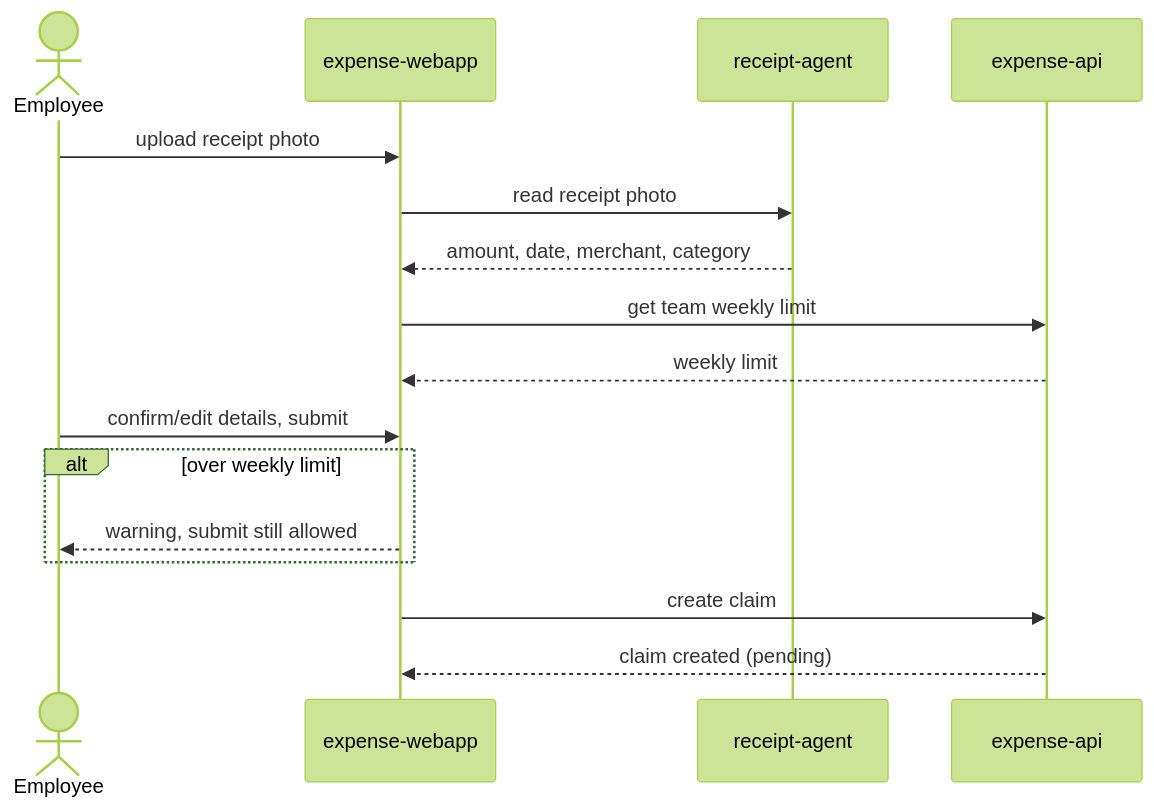
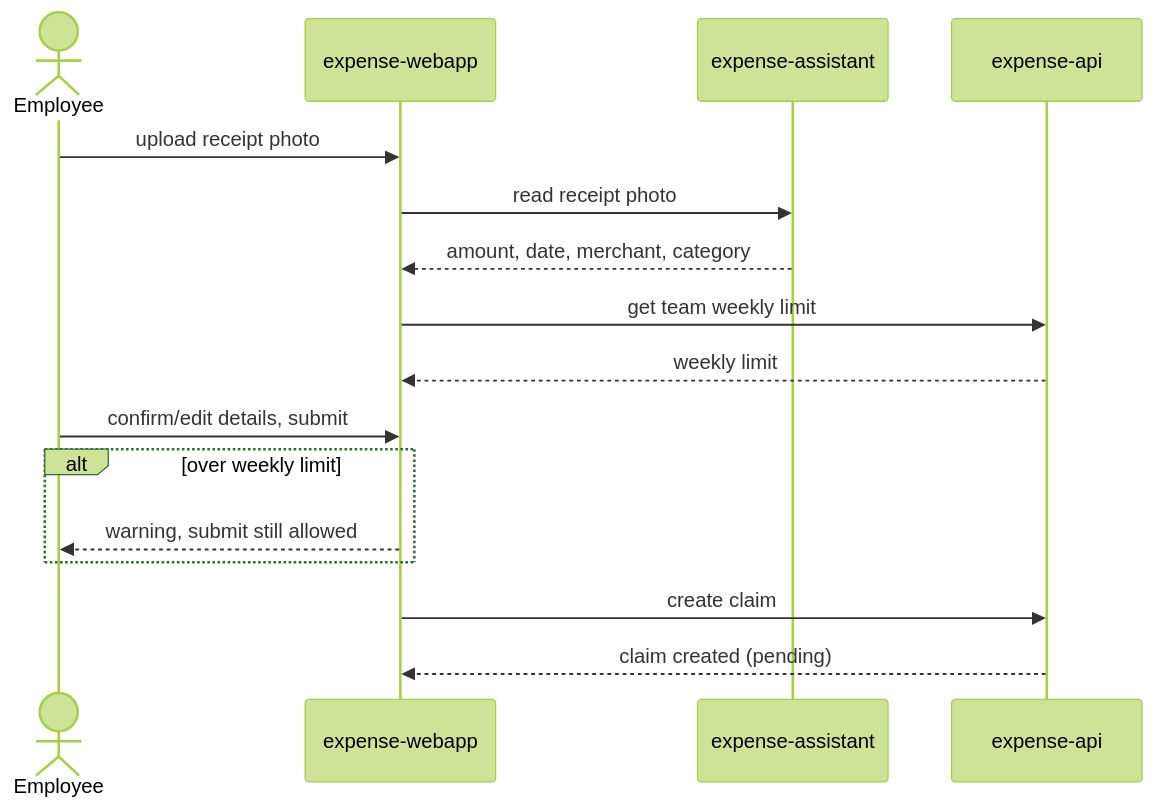
The diagram in specs/design/flows/submit-expense-claim.md (TestAgenticEngOrg/expense-claim-whuer), drawn with Mermaid (forest theme) before and after one commit. The commit also changed 9 other files, not shown here.

````diff
--- a/specs/design/flows/submit-expense-claim.md
+++ b/specs/design/flows/submit-expense-claim.md
@@ -6,19 +6,19 @@
 ```mermaid
 sequenceDiagram
     actor Employee
     participant expense-webapp
-    participant receipt-agent
+    participant expense-assistant
     participant expense-api
 
     Employee->>expense-webapp: upload receipt photo
-    expense-webapp->>receipt-agent: read receipt photo
-    receipt-agent-->>expense-webapp: amount, date, merchant, category
+    expense-webapp->>expense-assistant: read receipt photo
+    expense-assistant-->>expense-webapp: amount, date, merchant, category
     expense-webapp->>expense-api: get team weekly limit
     expense-api-->>expense-webapp: weekly limit
     Employee->>expense-webapp: confirm/edit details, submit
     alt over weekly limit
         expense-webapp-->>Employee: warning, submit still allowed
     end
     expense-webapp->>expense-api: create claim
     expense-api-->>expense-webapp: claim created (pending)
 ```
````
